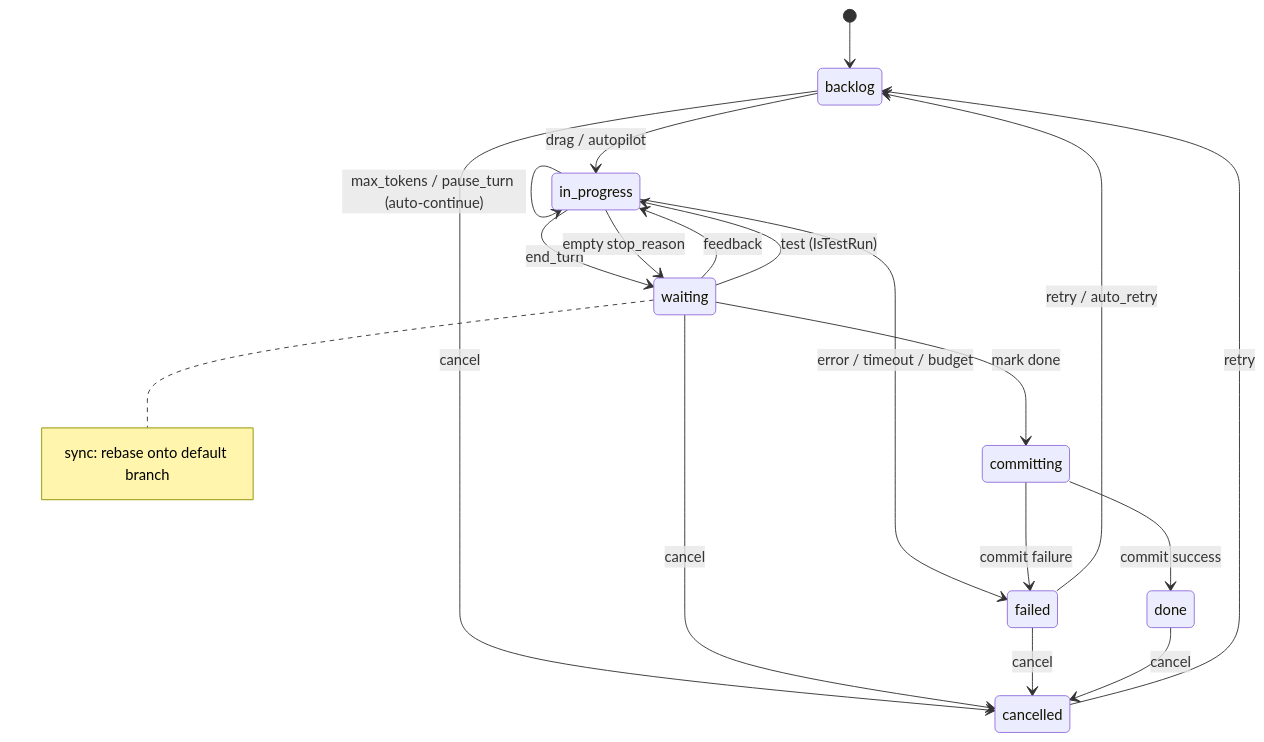
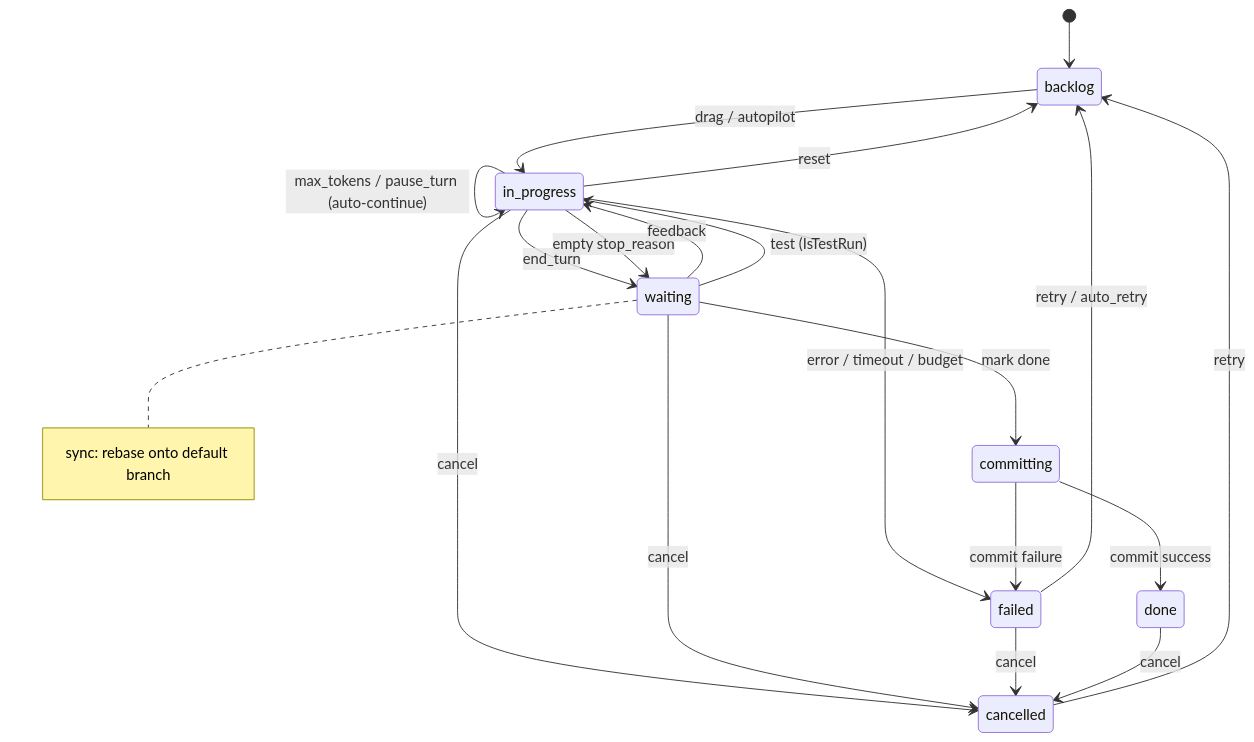
The second of 4 diagrams in docs/internals/architecture.md (changkun/wallfacer), drawn with Mermaid before and after one commit. The commit also changed 1 other file, not shown here.

Commit message:
docs: fix task state machine diagrams to match code
Remove invalid backlog→cancelled transition and add missing
in_progress→backlog and in_progress→cancelled transitions to
match allowedTransitions in internal/store/models.go.

````diff
--- a/docs/internals/architecture.md
+++ b/docs/internals/architecture.md
@@ -49,30 +49,31 @@
 ```mermaid
 stateDiagram-v2
     [*] --> backlog
 
     backlog --> in_progress : drag / autopilot
-    backlog --> cancelled : cancel
 
     in_progress --> in_progress : max_tokens / pause_turn (auto-continue)
     in_progress --> waiting : end_turn
     in_progress --> waiting : empty stop_reason
     in_progress --> failed : error / timeout / budget
+    in_progress --> backlog : reset
+    in_progress --> cancelled : cancel
 
     committing --> done : commit success
     committing --> failed : commit failure
 
     waiting --> in_progress : feedback
     waiting --> in_progress : test (IsTestRun)
     waiting --> committing : mark done
     waiting --> cancelled : cancel
 
     failed --> backlog : retry / auto_retry
     failed --> cancelled : cancel
 
     done --> cancelled : cancel
     cancelled --> backlog : retry
 
     note right of waiting
         sync: rebase onto default branch
     end note
 ```
````
